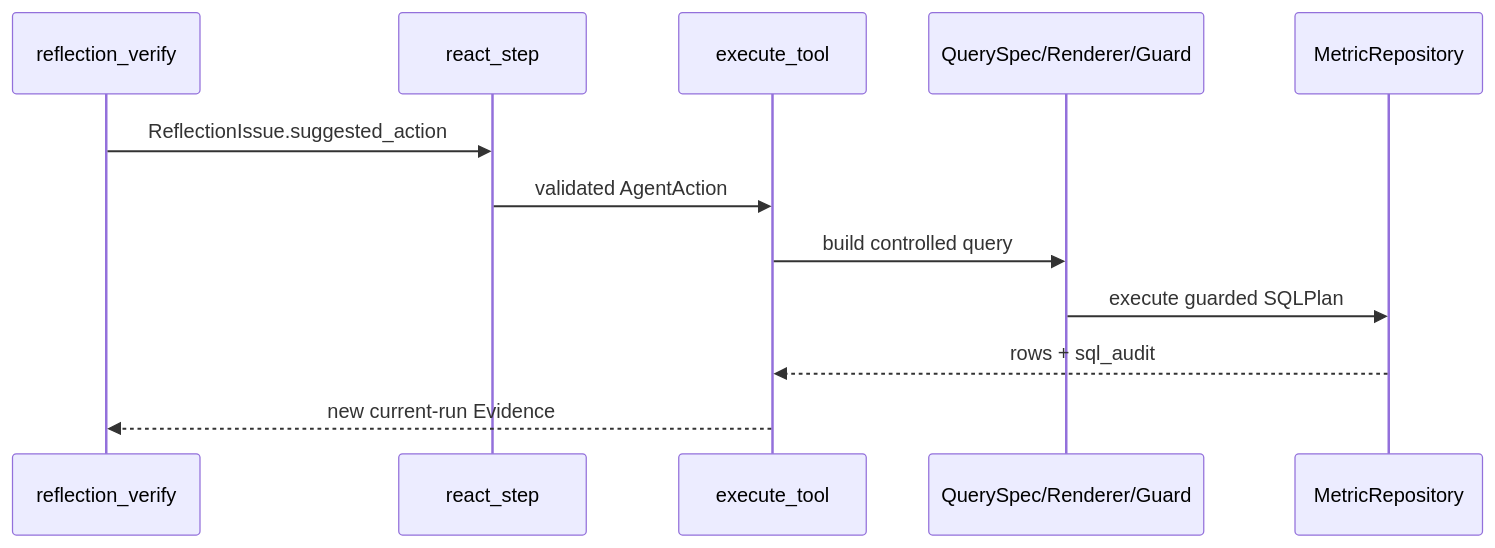
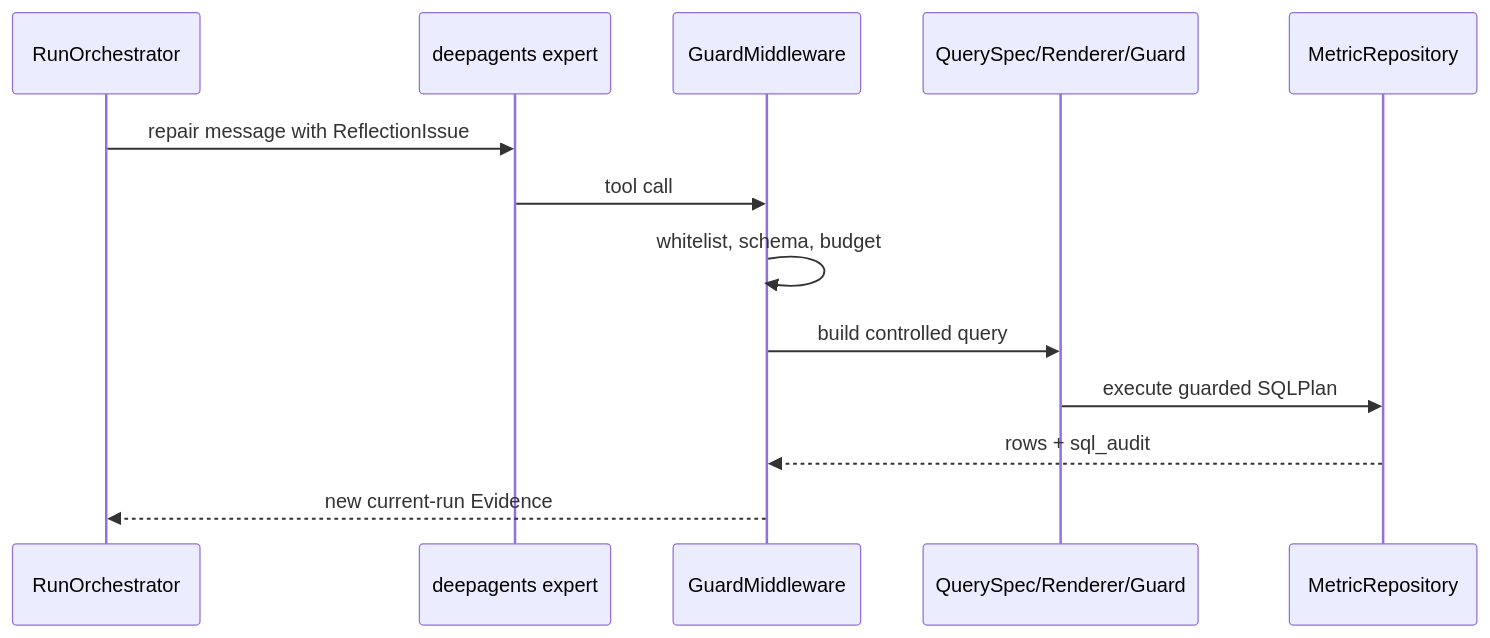
One commit to WOTMCCR/MetricRCA changed the third of 8 diagrams in docs/architecture.md. Above: the diagram before and after it, drawn with Mermaid. The commit also changed other lines of this file and 8 other files, not shown here.

````diff
--- a/docs/architecture.md
+++ b/docs/architecture.md
@@ -47,14 +47,15 @@
 ```mermaid
 sequenceDiagram
-  participant R as reflection_verify
-  participant A as react_step
-  participant T as execute_tool
+  participant O as RunOrchestrator
+  participant A as deepagents expert
+  participant M as GuardMiddleware
   participant Q as QuerySpec/Renderer/Guard
   participant DB as MetricRepository
-  R->>A: ReflectionIssue.suggested_action
-  A->>T: validated AgentAction
-  T->>Q: build controlled query
+  O->>A: repair message with ReflectionIssue
+  A->>M: tool call
+  M->>M: whitelist, schema, budget
+  M->>Q: build controlled query
   Q->>DB: execute guarded SQLPlan
-  DB-->>T: rows + sql_audit
-  T-->>R: new current-run Evidence
+  DB-->>M: rows + sql_audit
+  M-->>O: new current-run Evidence
 ```
````
